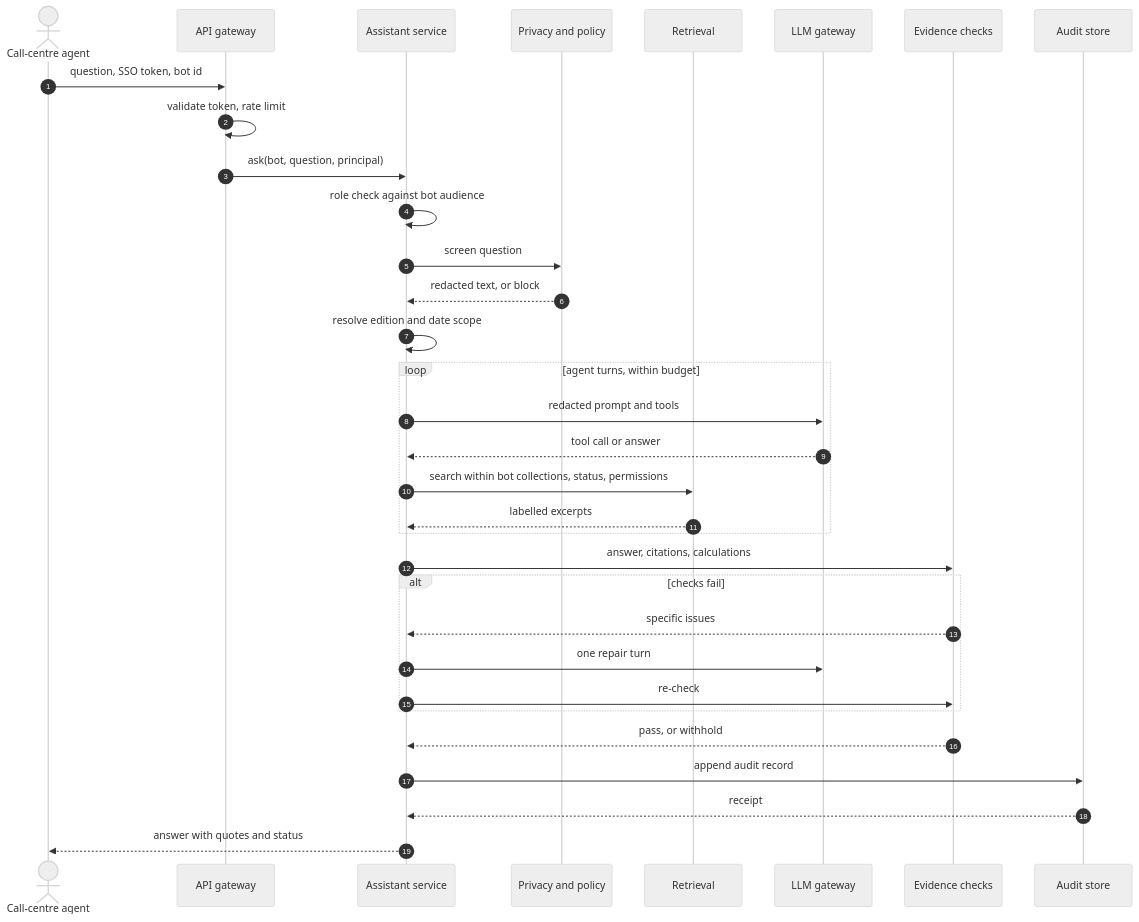
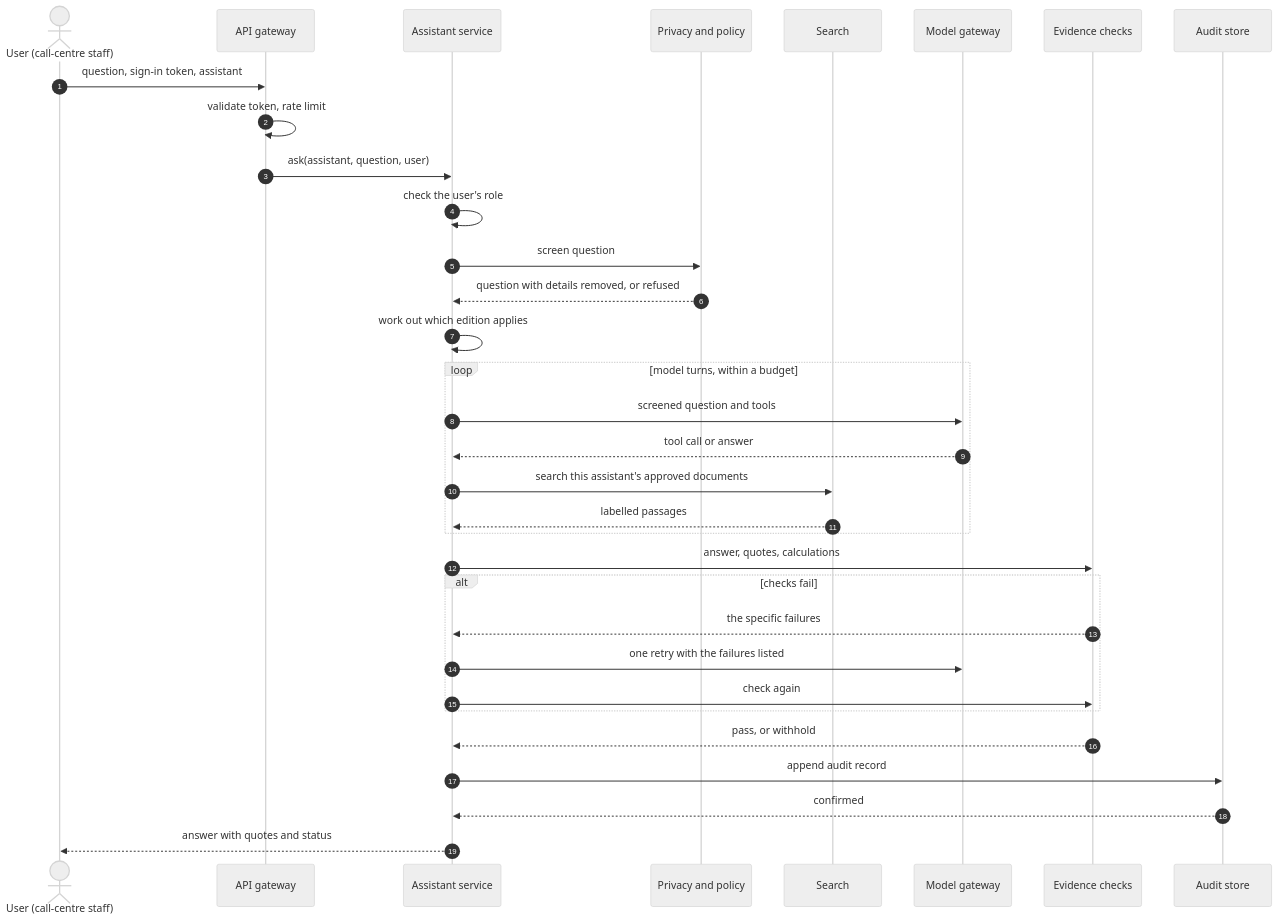
One commit to Treasure1201/kestrel changed the second of 3 diagrams in docs/PRODUCTION_ARCHITECTURE.md. Above: the diagram before and after it, drawn with Mermaid (neutral theme). The commit also changed other lines of this file and 3 other files, not shown here.

First line of the commit message:
docs: final pass on the production architecture, business note, AI disclosure and plan

````diff
--- a/docs/PRODUCTION_ARCHITECTURE.md
+++ b/docs/PRODUCTION_ARCHITECTURE.md
@@ -71,36 +85,36 @@
 ```mermaid
 sequenceDiagram
     autonumber
-    actor A as Call-centre agent
+    actor U as User (call-centre staff)
     participant G as API gateway
     participant S as Assistant service
     participant P as Privacy and policy
-    participant R as Retrieval
-    participant L as LLM gateway
+    participant R as Search
+    participant L as Model gateway
     participant V as Evidence checks
     participant D as Audit store
 
-    A->>G: question, SSO token, bot id
+    U->>G: question, sign-in token, assistant
     G->>G: validate token, rate limit
-    G->>S: ask(bot, question, principal)
-    S->>S: role check against bot audience
+    G->>S: ask(assistant, question, user)
+    S->>S: check the user's role
     S->>P: screen question
-    P-->>S: redacted text, or block
-    S->>S: resolve edition and date scope
-    loop agent turns, within budget
-        S->>L: redacted prompt and tools
+    P-->>S: question with details removed, or refused
+    S->>S: work out which edition applies
+    loop model turns, within a budget
+        S->>L: screened question and tools
         L-->>S: tool call or answer
-        S->>R: search within bot collections, status, permissions
-        R-->>S: labelled excerpts
+        S->>R: search this assistant's approved documents
+        R-->>S: labelled passages
     end
-    S->>V: answer, citations, calculations
+    S->>V: answer, quotes, calculations
     alt checks fail
-        V-->>S: specific issues
-        S->>L: one repair turn
-        S->>V: re-check
+        V-->>S: the specific failures
+        S->>L: one retry with the failures listed
+        S->>V: check again
     end
     V-->>S: pass, or withhold
     S->>D: append audit record
-    D-->>S: receipt
-    S-->>A: answer with quotes and status
+    D-->>S: confirmed
+    S-->>U: answer with quotes and status
 ```
````
